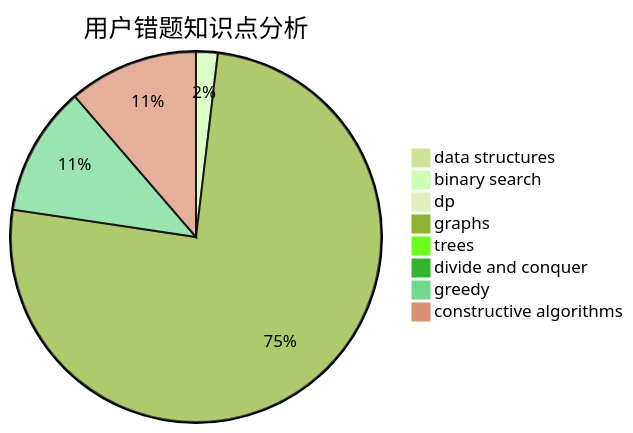
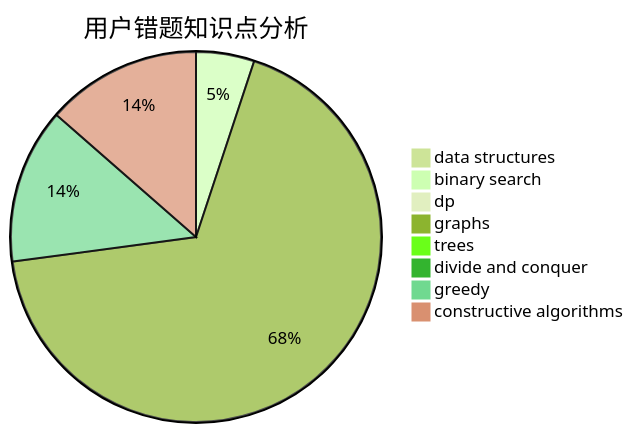
One commit to sherpahu/cfrs.github.io changed the third of 3 diagrams in docs/user/u2664.md. Above: the diagram before and after it, drawn with Mermaid (forest theme). The commit also changed other lines of this file and 2770 other files, not shown here.

````diff
--- a/docs/user/u2664.md
+++ b/docs/user/u2664.md
@@ -36,11 +36,11 @@
 ```mermaid
 pie title 用户错题知识点分析
     "data structures" :  0
-    "binary search" :  2
+    "binary search" :  6
     "dp" :  0
     "graphs" :  80
     "trees" :  0
     "divide and conquer" :  0
-    "greedy" :  12
-    "constructive algorithms" :  12
+    "greedy" :  16
+    "constructive algorithms" :  16
 ```
````
